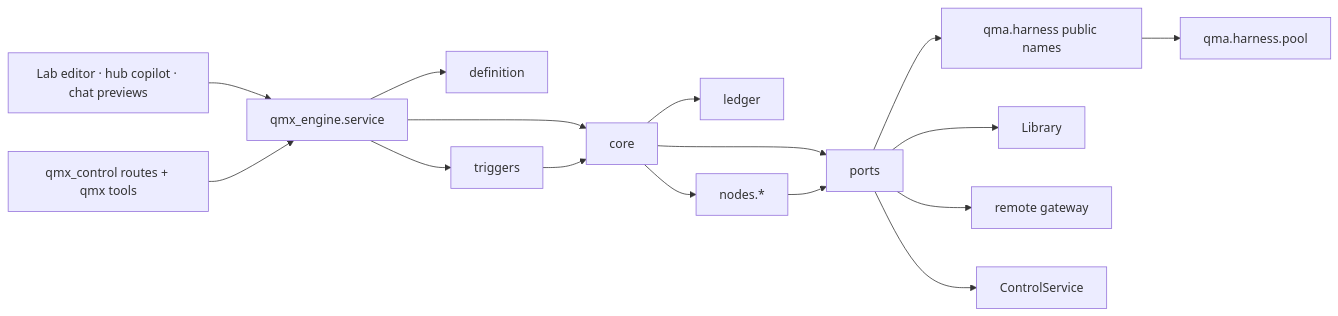
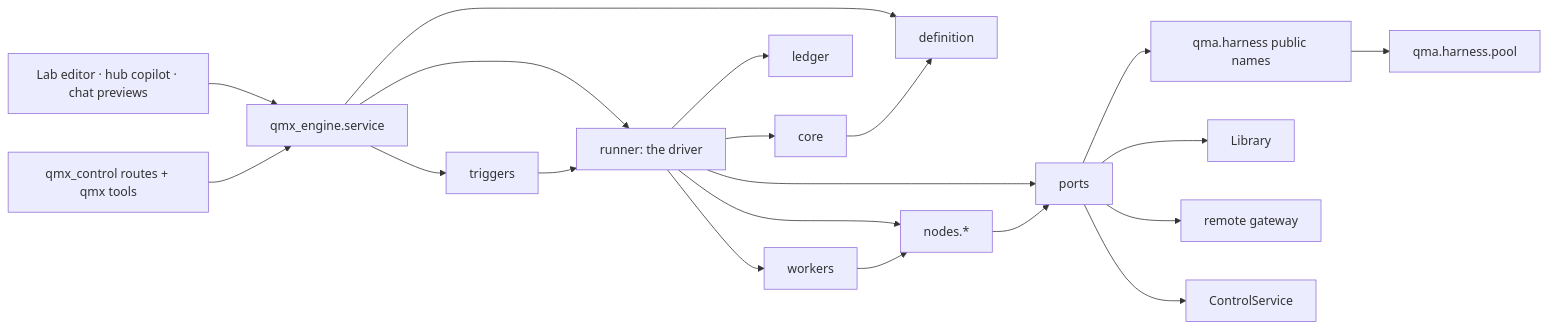
The first of 4 diagrams in tracker/qma-v2/architecture/workflow-engine/ARCHITECTURE-SPINE.md (mubarakhimself-byte/QMX), drawn with Mermaid before and after one commit. The commit also changed other lines of this file and 16 other files, not shown here.

````diff
--- a/tracker/qma-v2/architecture/workflow-engine/ARCHITECTURE-SPINE.md
+++ b/tracker/qma-v2/architecture/workflow-engine/ARCHITECTURE-SPINE.md
@@ -43,18 +44,22 @@
 ```mermaid
 flowchart LR
   UI[Lab editor · hub copilot · chat previews] --> SVC[qmx_engine.service]
   CTRL[qmx_control routes + qmx tools] --> SVC
   SVC --> DEF[definition]
-  SVC --> CORE[core]
+  SVC --> RUN[runner: the driver]
   SVC --> TRG[triggers]
-  TRG --> CORE
-  CORE --> LED[ledger]
-  CORE --> PORTS[ports]
-  NODES[nodes.*] --> PORTS
-  CORE --> NODES
+  TRG --> RUN
+  RUN --> CORE[core]
+  RUN --> LED[ledger]
+  RUN --> NODES[nodes.*]
+  RUN --> WRK[workers]
+  RUN --> PORTS[ports]
+  CORE --> DEF
+  NODES --> PORTS
+  WRK --> NODES
   PORTS --> HARN[qma.harness public names]
   PORTS --> LIB[Library]
   PORTS --> GW[remote gateway]
   PORTS --> CS[ControlService]
   HARN --> POOL[qma.harness.pool]
 ```
````
